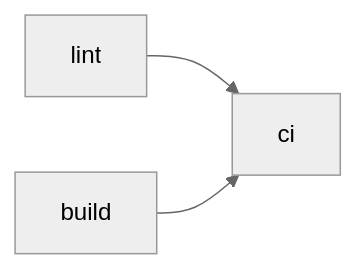
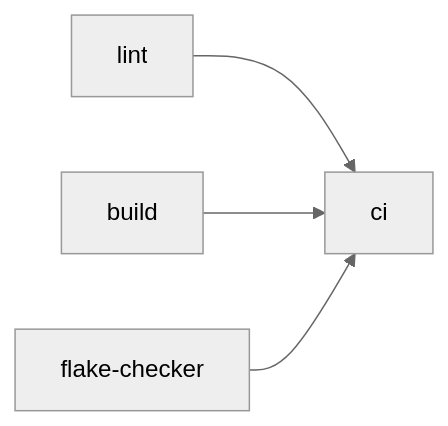
One commit to ojhermann-org/home-manager changed the diagram in README.md. Above: the diagram before and after it, drawn with Mermaid (neutral theme). The commit also changed other lines of this file, not shown here.

First line of the commit message:
docs(readme): include flake-checker in the CI diagram (#129)

````diff
--- a/README.md
+++ b/README.md
@@ -27,5 +27,6 @@
 ```mermaid
 graph LR
   lint --> ci
   build --> ci
+  flake-checker --> ci
 ```
````
